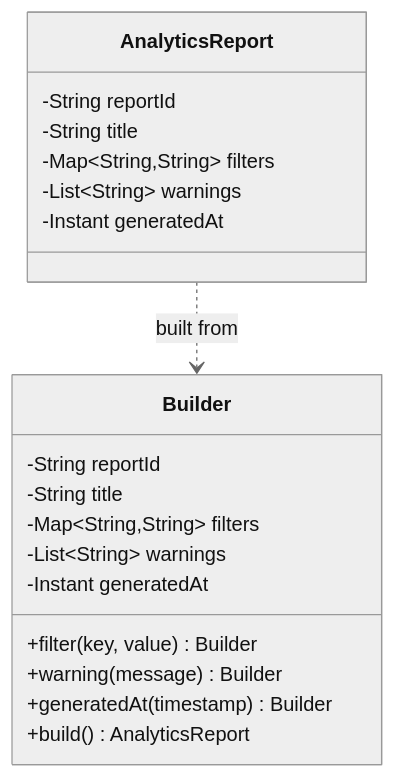
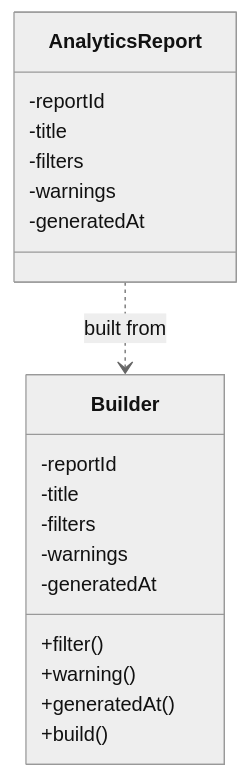
One commit to sandeepbhardwaj/sandeepbhardwaj.github.io changed the diagram in _posts/2025-12-06-builder-pattern-java-report-assembly.md. Above: the diagram before and after it, drawn with Mermaid (neutral theme). The commit also changed 85 other files, not shown here.

Commit message:
mermaid flow chart fixes

````diff
--- a/_posts/2025-12-06-builder-pattern-java-report-assembly.md
+++ b/_posts/2025-12-06-builder-pattern-java-report-assembly.md
@@ -163,23 +163,23 @@
 ```mermaid
 classDiagram
     class AnalyticsReport {
-      -String reportId
-      -String title
-      -Map~String,String~ filters
-      -List~String~ warnings
-      -Instant generatedAt
+      -reportId
+      -title
+      -filters
+      -warnings
+      -generatedAt
     }
     class Builder {
-      -String reportId
-      -String title
-      -Map~String,String~ filters
-      -List~String~ warnings
-      -Instant generatedAt
-      +filter(key, value) Builder
-      +warning(message) Builder
-      +generatedAt(timestamp) Builder
-      +build() AnalyticsReport
+      -reportId
+      -title
+      -filters
+      -warnings
+      -generatedAt
+      +filter()
+      +warning()
+      +generatedAt()
+      +build()
     }
 
     AnalyticsReport ..> Builder : built from
 ```
````
